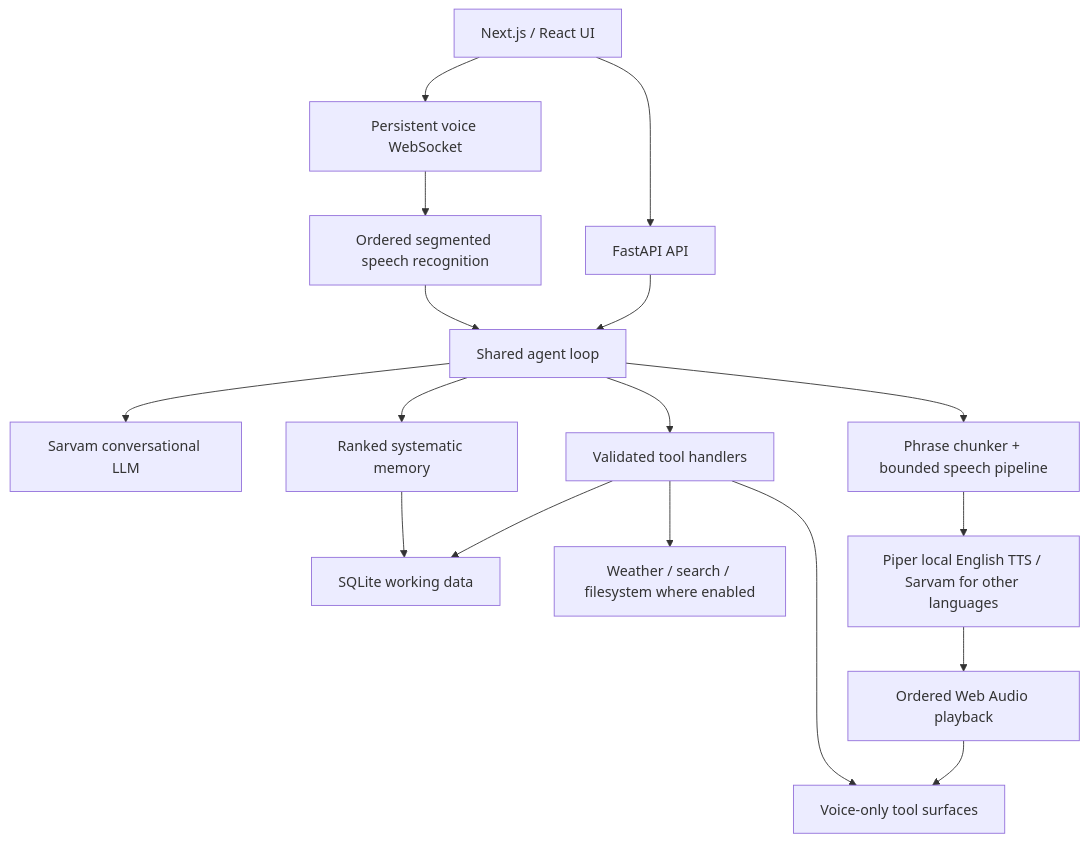
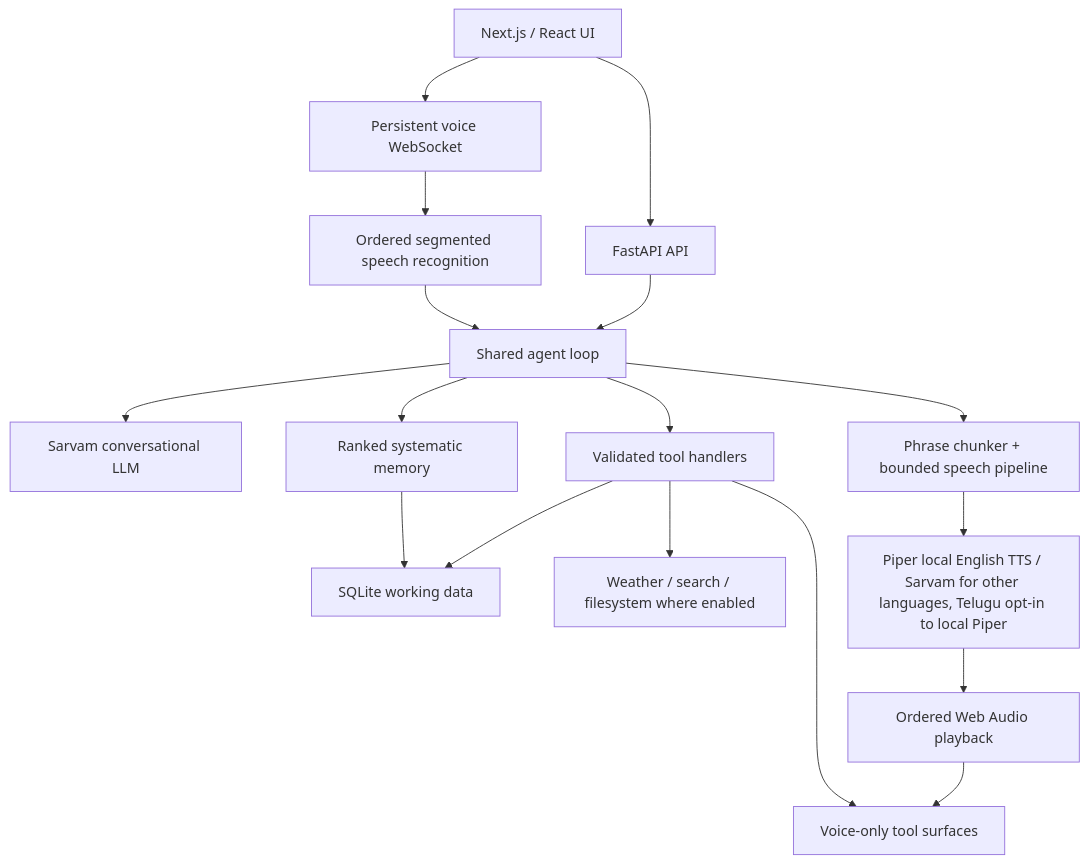
One commit to yashwanth-1729/Jarvis-V2 changed the diagram in README.md. Above: the diagram before and after it, drawn with Mermaid. The commit also changed other lines of this file and 13 other files, not shown here.

First line of the commit message:
Add opt-in local Piper voice for Telugu, Sarvam stays the default

````diff
--- a/README.md
+++ b/README.md
@@ -132,19 +132,19 @@
 ```mermaid
 flowchart TD
     UI[Next.js / React UI] --> API[FastAPI API]
     UI --> WS[Persistent voice WebSocket]
     WS --> ASR[Ordered segmented speech recognition]
     ASR --> Agent[Shared agent loop]
     API --> Agent
     Agent --> LLM[Sarvam conversational LLM]
     Agent --> Tools[Validated tool handlers]
     Agent --> Memory[Ranked systematic memory]
     Memory --> DB
     Tools --> DB[SQLite working data]
     Tools --> External[Weather / search / filesystem where enabled]
     Agent --> Speech[Phrase chunker + bounded speech pipeline]
-    Speech --> TTS[Piper local English TTS / Sarvam for other languages]
+    Speech --> TTS[Piper local English TTS / Sarvam for other languages, Telugu opt-in to local Piper]
     TTS --> Playback[Ordered Web Audio playback]
     Tools --> Panels[Voice-only tool surfaces]
     Playback --> Panels
 ```
````
